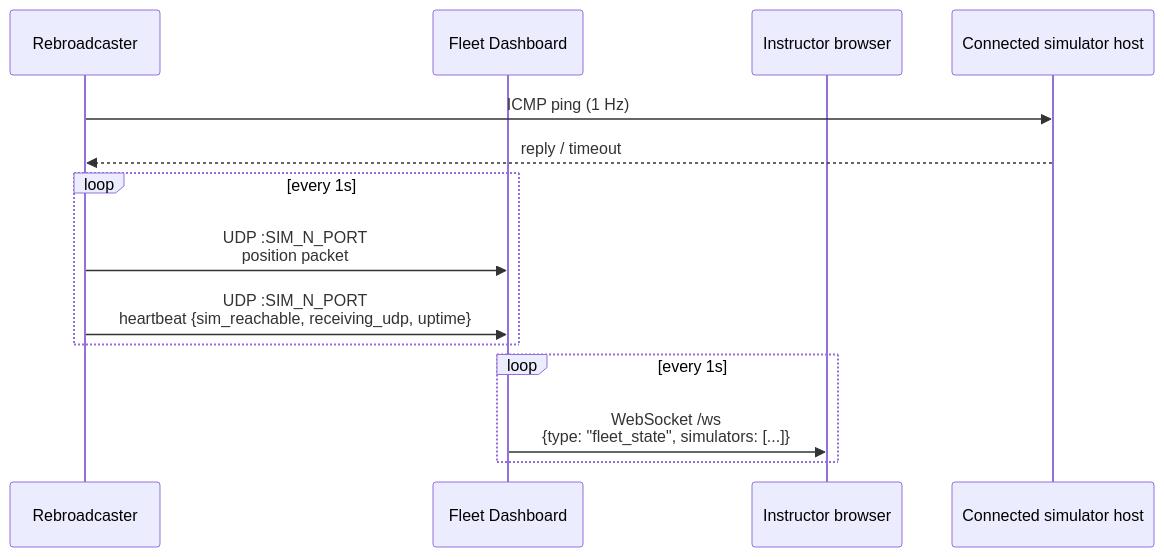
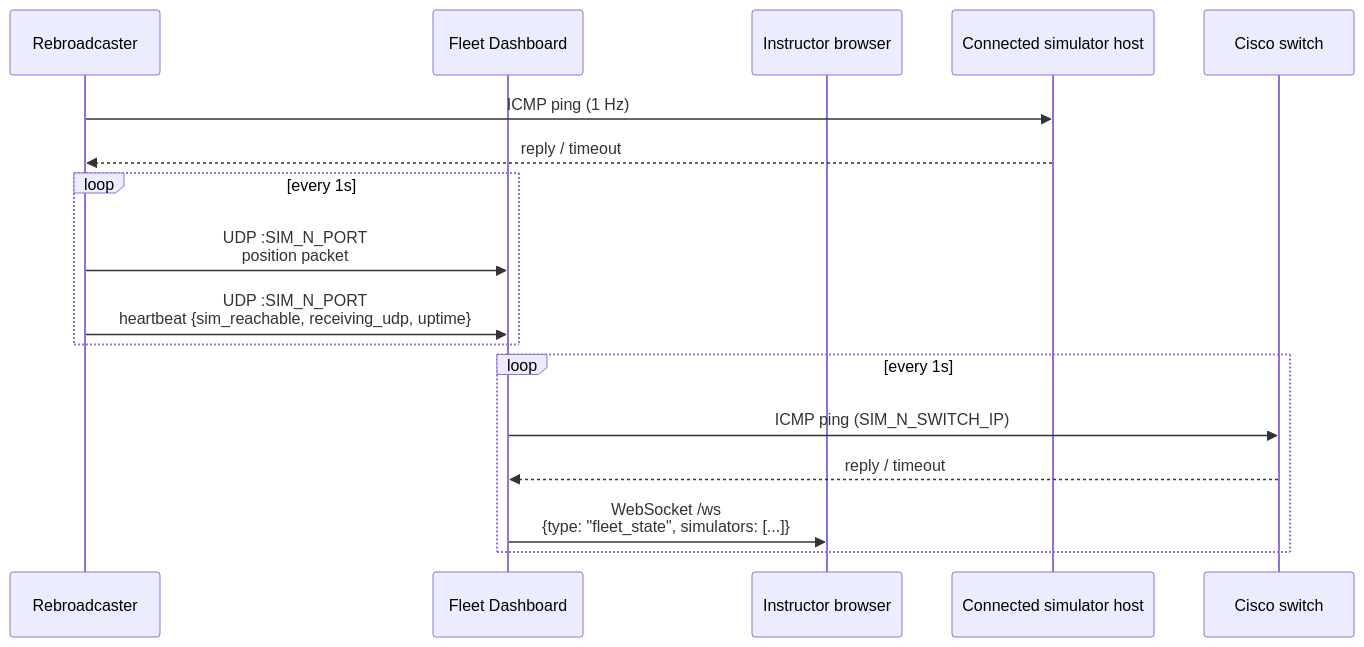
One commit to rjsears/nmea_gps_simulator changed the third of 3 diagrams in docs/getting-started/architecture.md. Above: the diagram before and after it, drawn with Mermaid. The commit also changed 67 other files, not shown here.

Commit message:
Switch tracking, health data sources and local dashboard/emulator updates

````diff
--- a/docs/getting-started/architecture.md
+++ b/docs/getting-started/architecture.md
@@ -114,19 +114,22 @@
 ```mermaid
 sequenceDiagram
     participant Rebroadcaster
     participant Dashboard as Fleet Dashboard
     participant Browser as Instructor browser
     participant SimulatorHost as Connected simulator host
+    participant Switch as Cisco switch
 
     Rebroadcaster->>SimulatorHost: ICMP ping (1 Hz)
     SimulatorHost-->>Rebroadcaster: reply / timeout
 
     loop every 1s
         Rebroadcaster->>Dashboard: UDP :SIM_N_PORT<br/>position packet
         Rebroadcaster->>Dashboard: UDP :SIM_N_PORT<br/>heartbeat {sim_reachable, receiving_udp, uptime}
     end
 
     loop every 1s
+        Dashboard->>Switch: ICMP ping (SIM_N_SWITCH_IP)
+        Switch-->>Dashboard: reply / timeout
         Dashboard->>Browser: WebSocket /ws<br/>{type: "fleet_state", simulators: [...]}
     end
 ```
````
